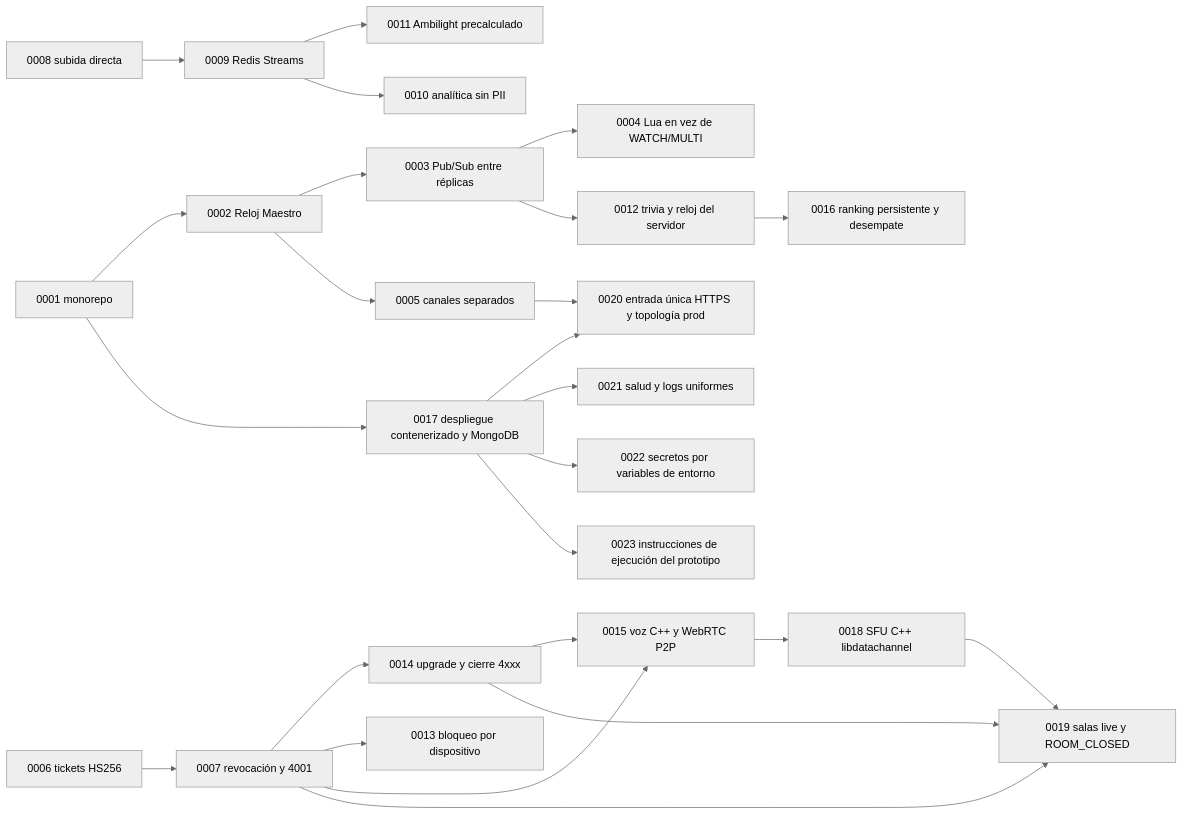
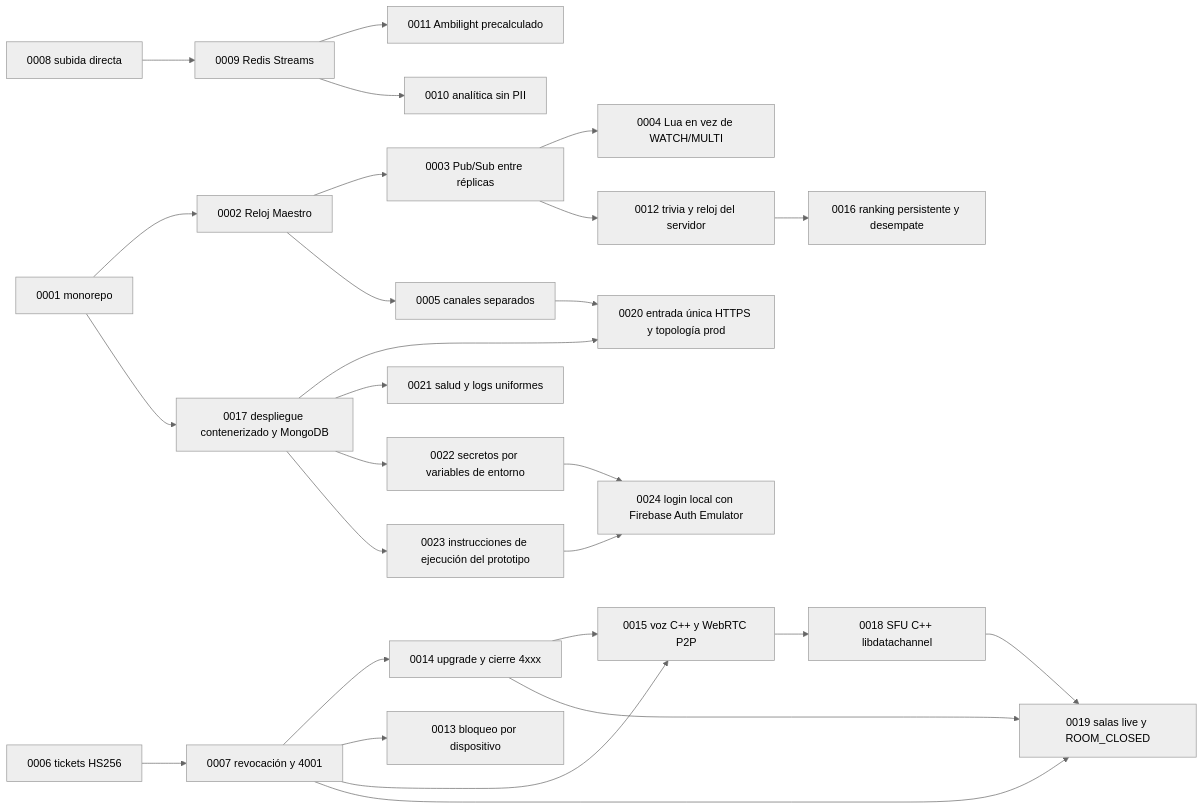
One commit to TINTOrganization/TINT changed the diagram in docs/adr/README.md. Above: the diagram before and after it, drawn with Mermaid (neutral theme). The commit also changed other lines of this file and 11 other files, not shown here.

````diff
--- a/docs/adr/README.md
+++ b/docs/adr/README.md
@@ -35,27 +36,29 @@
 ```mermaid
 flowchart LR
     A1["0001 monorepo"] --> A2["0002 Reloj Maestro"]
     A2 --> A3["0003 Pub/Sub entre réplicas"]
     A3 --> A4["0004 Lua en vez de WATCH/MULTI"]
     A2 --> A5["0005 canales separados"]
     A6["0006 tickets HS256"] --> A7["0007 revocación y 4001"]
     A7 --> A14["0014 upgrade y cierre 4xxx"]
     A7 --> A13["0013 bloqueo por dispositivo"]
     A7 --> A15["0015 voz C++ y WebRTC P2P"]
     A14 --> A15
     A8["0008 subida directa"] --> A9["0009 Redis Streams"]
     A9 --> A11["0011 Ambilight precalculado"]
     A9 --> A10["0010 analítica sin PII"]
     A3 --> A12["0012 trivia y reloj del servidor"]
     A12 --> A16["0016 ranking persistente y desempate"]
     A1 --> A17["0017 despliegue contenerizado y MongoDB"]
     A15 --> A18["0018 SFU C++ libdatachannel"]
     A7 --> A19["0019 salas live y ROOM_CLOSED"]
     A14 --> A19
     A18 --> A19
     A17 --> A20["0020 entrada única HTTPS y topología prod"]
     A5 --> A20
     A17 --> A21["0021 salud y logs uniformes"]
     A17 --> A22["0022 secretos por variables de entorno"]
     A17 --> A23["0023 instrucciones de ejecución del prototipo"]
+    A23 --> A24["0024 login local con Firebase Auth Emulator"]
+    A22 --> A24
 ```
````
